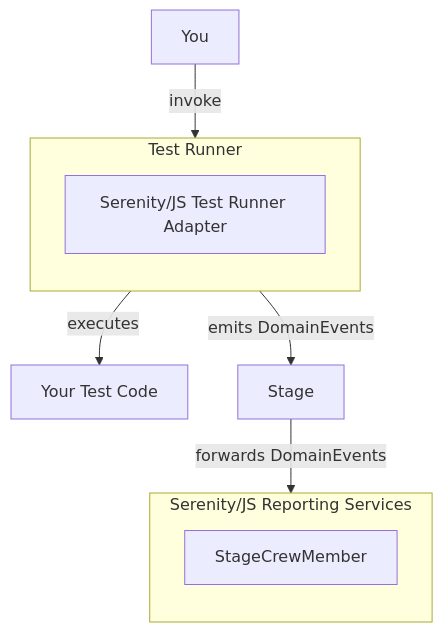
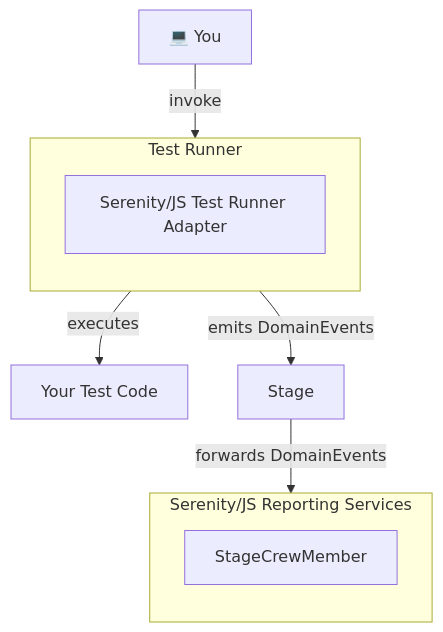
The first of 3 diagrams in documentation/serenity-js.org/docs/about/architecture.mdx (serenity-js/serenity-js), drawn with Mermaid before and after one commit. The commit also changed other lines of this file and 1 other file, not shown here.

First line of the commit message:
docs(website): added icons to diagrams

````diff
--- a/documentation/serenity-js.org/docs/about/architecture.mdx
+++ b/documentation/serenity-js.org/docs/about/architecture.mdx
@@ -47,21 +47,21 @@
 ```mermaid
 flowchart TB
-    Developer["You"]
+    Developer["💻 You"]
     TestCode["Your Test Code"]
     Stage
 
     subgraph TestRunner["Test Runner"]
         direction TB
         TestRunnerAdapter["Serenity/JS Test Runner Adapter"]
     end
 
     subgraph ReportingServices["Serenity/JS Reporting Services"]
         direction TB
         StageCrewMember["StageCrewMember"]
     end
 
     Developer -- invoke --> TestRunner
     TestRunner -- executes --> TestCode
     TestRunnerAdapter --> |emits DomainEvents| Stage
     Stage --> |forwards DomainEvents| ReportingServices
 ```
````
